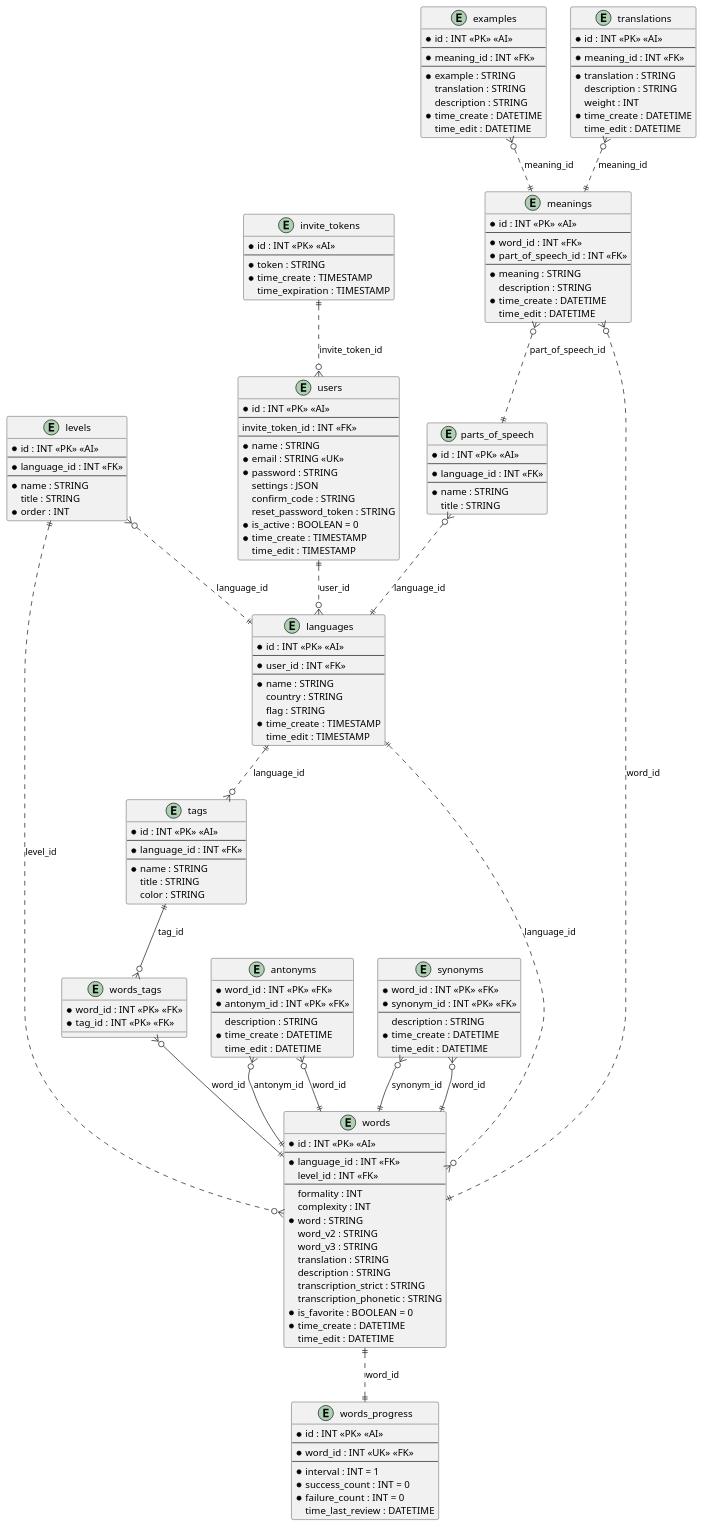
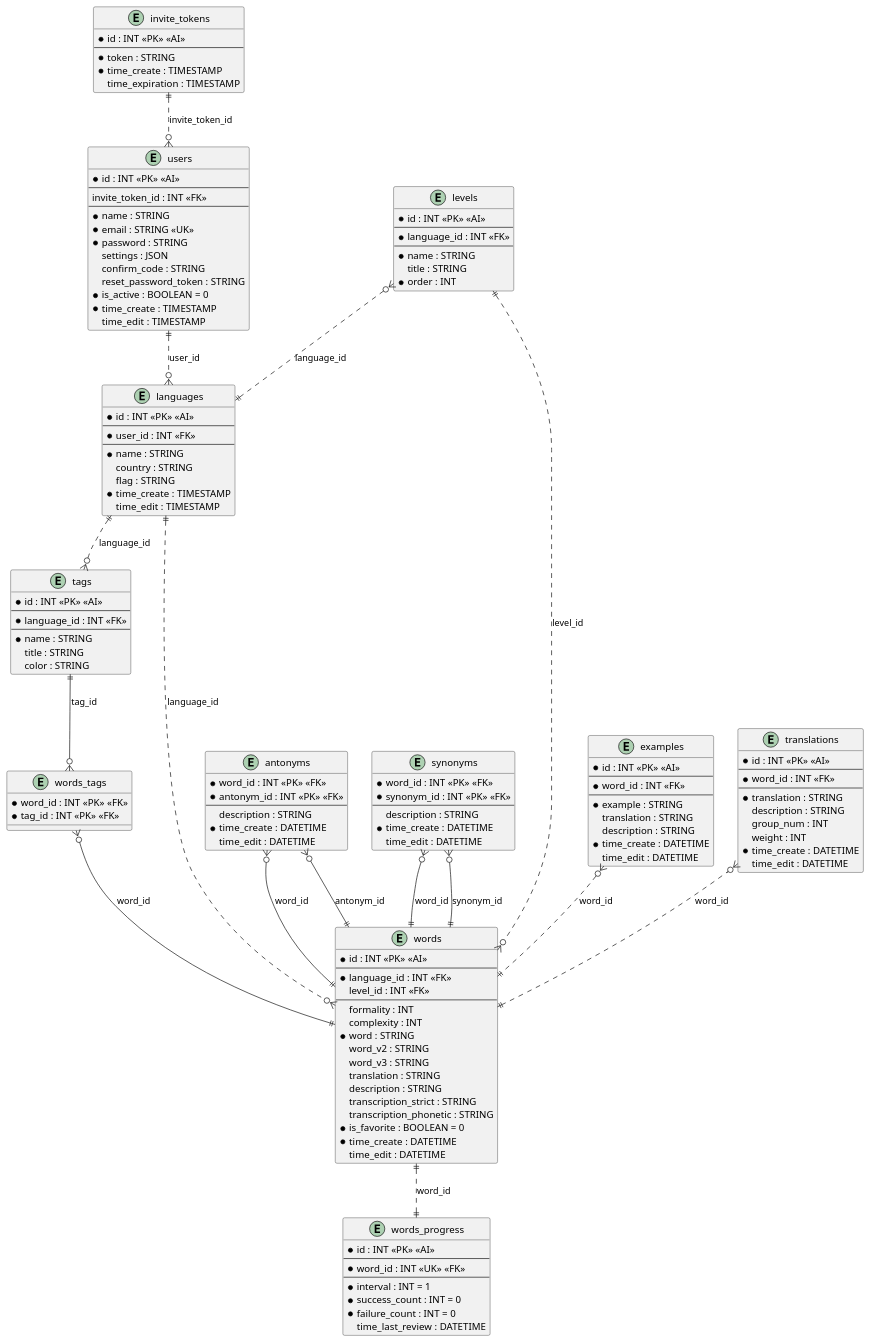
Before and after one commit to ewwmy/dictionary: the diagram in database/model/dictionary.puml, drawn with PlantUML. The commit also changed 2 other files, not shown here.

Commit message:
Updated database model and UI prototype (translations in a separate table)

```diff
--- a/database/model/dictionary.puml
+++ b/database/model/dictionary.puml
@@ -1,180 +1,157 @@
 @startuml dictionary
 
 ' this flag is used to make wires straight-angled:
 ' skinparam linetype ortho
 
 entity invite_tokens {
   * id : INT <<PK>> <<AI>>
   ---
   * token : STRING
   * time_create : TIMESTAMP
   time_expiration : TIMESTAMP
 }
 
 entity users {
   * id : INT <<PK>> <<AI>>
   ---
   invite_token_id : INT <<FK>>
   ---
   * name : STRING
   * email : STRING <<UK>>
   * password : STRING
   settings : JSON
   confirm_code : STRING
   reset_password_token : STRING
   * is_active : BOOLEAN = 0
   * time_create : TIMESTAMP
   time_edit : TIMESTAMP
 }
 
 entity languages {
   * id : INT <<PK>> <<AI>>
   ---
   * user_id : INT <<FK>>
   ---
   * name : STRING
   country : STRING
   flag : STRING
   * time_create : TIMESTAMP
   time_edit : TIMESTAMP
 }
 
 entity tags {
   * id : INT <<PK>> <<AI>>
   ---
   * language_id : INT <<FK>>
   ---
   * name : STRING
   title : STRING
   color : STRING
 }
 
 entity words_tags {
   * word_id : INT <<PK>> <<FK>>
   * tag_id : INT <<PK>> <<FK>>
 }
 
 entity words_progress {
   * id : INT <<PK>> <<AI>>
   ---
   * word_id : INT <<UK>> <<FK>>
   ---
   * interval : INT = 1
   * success_count : INT = 0
   * failure_count : INT = 0
   time_last_review : DATETIME
 }
 
 entity antonyms {
   * word_id : INT <<PK>> <<FK>>
   * antonym_id : INT <<PK>> <<FK>>
   ---
   description : STRING
   * time_create : DATETIME
   time_edit : DATETIME
 }
 
 entity synonyms {
   * word_id : INT <<PK>> <<FK>>
   * synonym_id : INT <<PK>> <<FK>>
   ---
   description : STRING
   * time_create : DATETIME
   time_edit : DATETIME
 }
 
 entity words {
   * id : INT <<PK>> <<AI>>
   ---
   * language_id : INT <<FK>>
   level_id : INT <<FK>>
   ---
   formality : INT
   complexity : INT
   * word : STRING
   word_v2 : STRING
   word_v3 : STRING
   translation : STRING
   description : STRING
   transcription_strict : STRING
   transcription_phonetic : STRING
   * is_favorite : BOOLEAN = 0
   * time_create : DATETIME
   time_edit : DATETIME
 }
 
 entity levels {
   * id : INT <<PK>> <<AI>>
   ---
   * language_id : INT <<FK>>
   ---
   * name : STRING
   title : STRING
   * order : INT
 }
 
-entity parts_of_speech {
-  * id : INT <<PK>> <<AI>>
-  ---
-  * language_id : INT <<FK>>
-  ---
-  * name : STRING
-  title : STRING
-}
-
 entity examples {
   * id : INT <<PK>> <<AI>>
   ---
-  * meaning_id : INT <<FK>>
+  * word_id : INT <<FK>>
   ---
   * example : STRING
   translation : STRING
   description : STRING
   * time_create : DATETIME
   time_edit : DATETIME
 }
 
 entity translations {
   * id : INT <<PK>> <<AI>>
   ---
-  * meaning_id : INT <<FK>>
+  * word_id : INT <<FK>>
   ---
   * translation : STRING
   description : STRING
+  group_num : INT
   weight : INT
-  * time_create : DATETIME
-  time_edit : DATETIME
-}
-
-entity meanings {
-  * id : INT <<PK>> <<AI>>
-  ---
-  * word_id : INT <<FK>>
-  * part_of_speech_id : INT <<FK>>
-  ---
-  * meaning : STRING
-  description : STRING
   * time_create : DATETIME
   time_edit : DATETIME
 }
 
 invite_tokens ||..o{ users : "invite_token_id"
 users ||..o{ languages : "user_id"
 languages ||..o{ tags : "language_id"
 languages ||..o{ words : "language_id"
+examples }o..|| words : "word_id"
+translations }o..|| words : "word_id"
 tags ||--o{ words_tags : "tag_id"
 words_tags }o--|| words : "word_id"
 antonyms }o--|| words : "word_id"
 antonyms }o--|| words : "antonym_id"
 synonyms }o--|| words : "word_id"
 synonyms }o--|| words : "synonym_id"
 words ||..|| words_progress : "word_id"
-meanings }o..|| words : "word_id"
-examples }o..|| meanings : "meaning_id"
-translations }o..|| meanings : "meaning_id"
-meanings }o..|| parts_of_speech : "part_of_speech_id"
-parts_of_speech }o..|| languages : "language_id"
 levels }o..|| languages : "language_id"
 levels ||..o{ words : "level_id"
 
 @enduml
```
